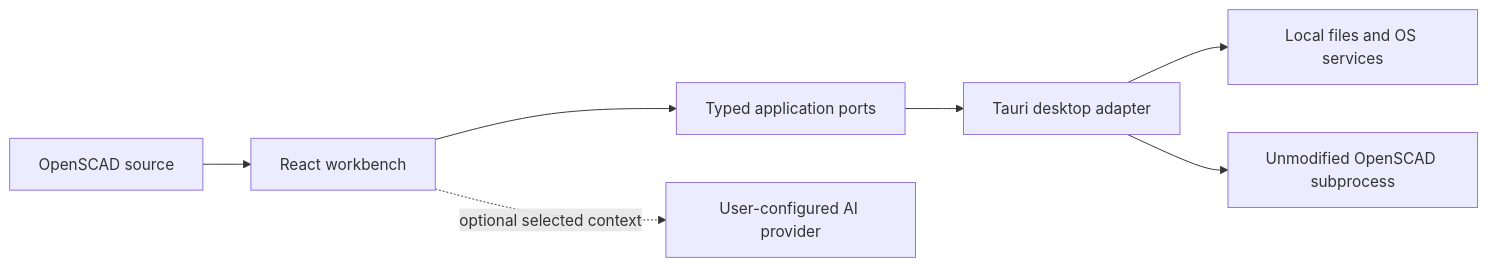
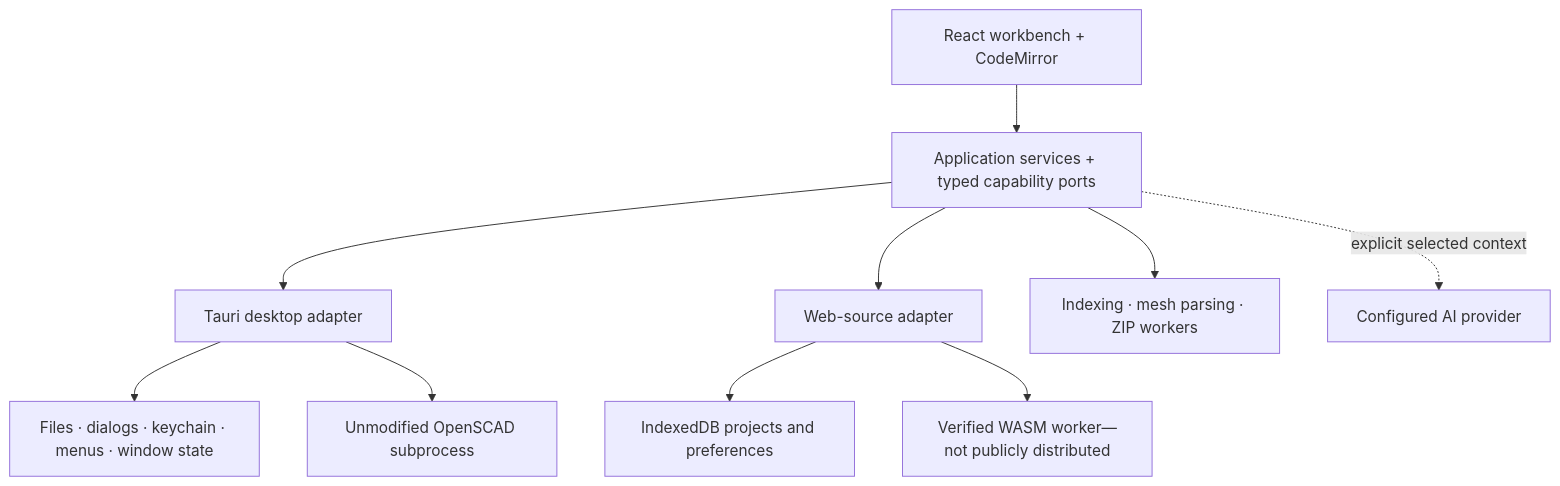
Before and after one commit to scottconverse/scadmill: the second of 2 diagrams in README.md, drawn with Mermaid. The commit also changed other lines of this file and 1 other file, not shown here.

````diff
--- a/README.md
+++ b/README.md
@@ -42,9 +97,12 @@
 ```mermaid
-flowchart LR
-  USER["OpenSCAD source"] --> UI["React workbench"]
-  UI --> PORTS["Typed application ports"]
-  PORTS --> TAURI["Tauri desktop adapter"]
-  TAURI --> FILES["Local files and OS services"]
-  TAURI --> ENGINE["Unmodified OpenSCAD subprocess"]
-  UI -. "optional selected context" .-> AI["User-configured AI provider"]
+flowchart TB
+    UI["React workbench + CodeMirror"] --> APP["Application services + typed capability ports"]
+    APP --> DESKTOP["Tauri desktop adapter"]
+    APP --> WEB["Web-source adapter"]
+    DESKTOP --> OS["Files · dialogs · keychain · menus · window state"]
+    DESKTOP --> NATIVE["Unmodified OpenSCAD subprocess"]
+    WEB --> IDB["IndexedDB projects and preferences"]
+    WEB --> WASM["Verified WASM worker—not publicly distributed"]
+    APP --> WORKERS["Indexing · mesh parsing · ZIP workers"]
+    APP -. "explicit selected context" .-> AI["Configured AI provider"]
 ```
````
